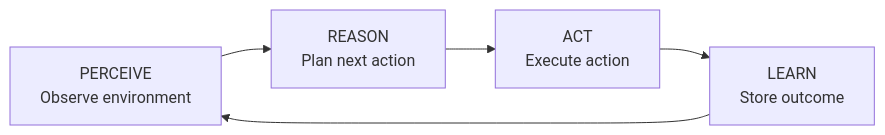
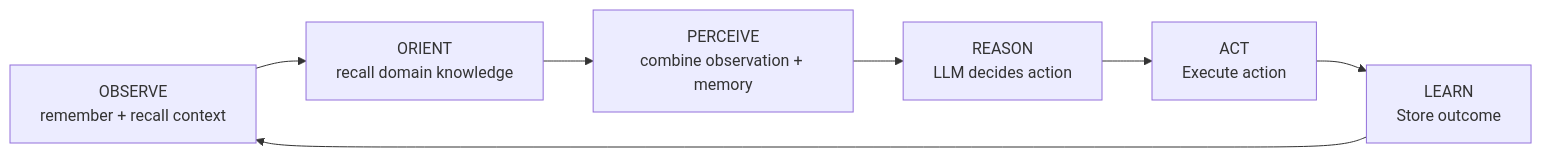
One commit to rysweet/amplihack changed the first of 9 diagrams in docs/hive_mind_presentation.md. Above: the diagram before and after it, drawn with Mermaid. The commit also changed other lines of this file and 1 other file, not shown here.

````diff
--- a/docs/hive_mind_presentation.md
+++ b/docs/hive_mind_presentation.md
@@ -30,7 +30,9 @@
 ```mermaid
 graph LR
-    P["PERCEIVE<br/>Observe environment"] --> R["REASON<br/>Plan next action"]
+    OB["OBSERVE<br/>remember + recall context"] --> OR["ORIENT<br/>recall domain knowledge"]
+    OR --> P["PERCEIVE<br/>combine observation + memory"]
+    P --> R["REASON<br/>LLM decides action"]
     R --> A["ACT<br/>Execute action"]
     A --> L["LEARN<br/>Store outcome"]
-    L --> P
+    L --> OB
 ```
````
